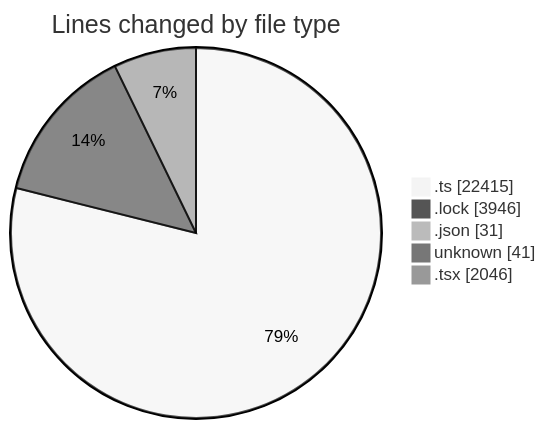
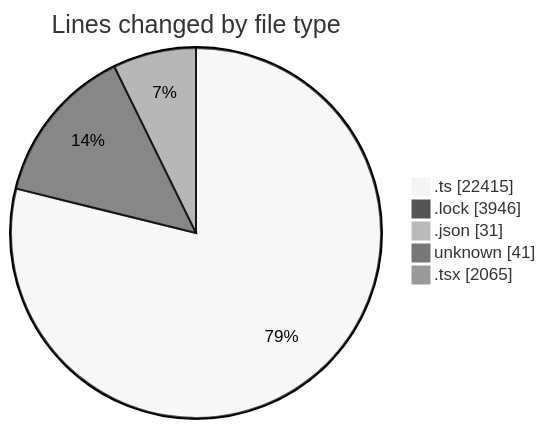
One commit to momahboobian/code-tracking changed the first of 2 diagrams in 2025-08-19/cda/README.md. Above: the diagram before and after it, drawn with Mermaid (neutral theme). The commit also changed other lines of this file and 1 other file, not shown here.

````diff
--- a/2025-08-19/cda/README.md
+++ b/2025-08-19/cda/README.md
@@ -45,9 +45,9 @@
 ```mermaid
 pie showData
 title Lines changed by file type
 ".ts" : 22415
 ".lock" : 3946
 ".json" : 31
 "unknown" : 41
-".tsx" : 2046
+".tsx" : 2065
 ```
````
